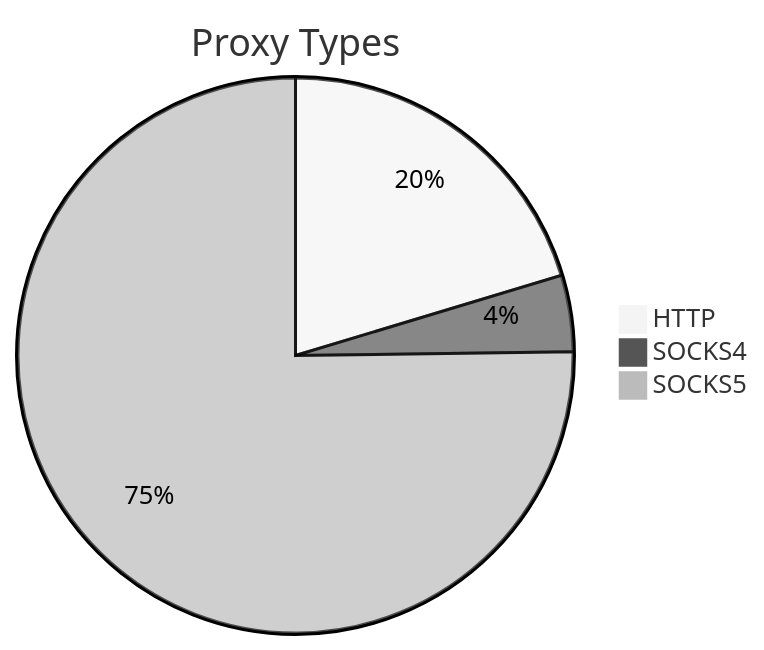
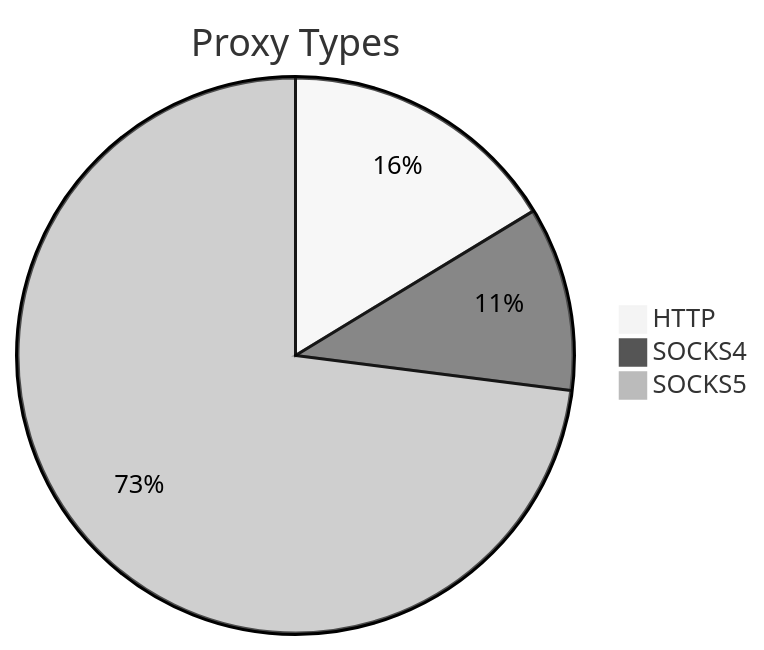
The first of 2 diagrams in README.md (stormsia/proxy-list), drawn with Mermaid (neutral theme) before and after one commit. The commit also changed other lines of this file, not shown here.

````diff
--- a/README.md
+++ b/README.md
@@ -21,6 +21,6 @@
 ```mermaid
 pie title Proxy Types
-    "HTTP" : 119
-    "SOCKS4" : 26
-    "SOCKS5" : 440
+    "HTTP" : 99
+    "SOCKS4" : 65
+    "SOCKS5" : 443
 ```
````
